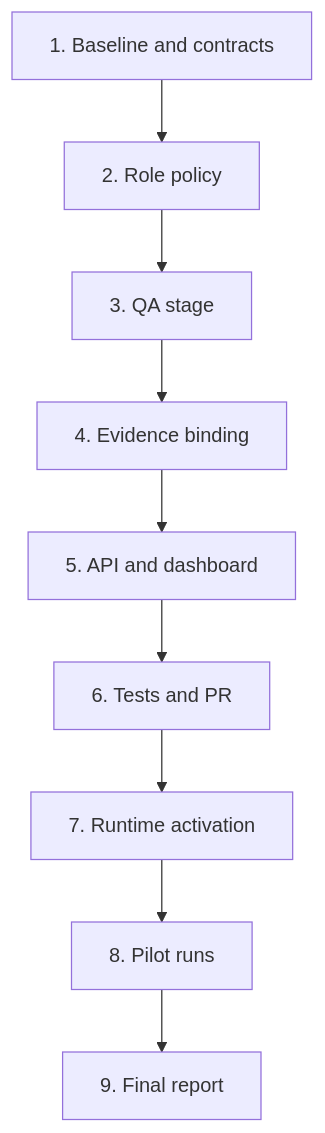
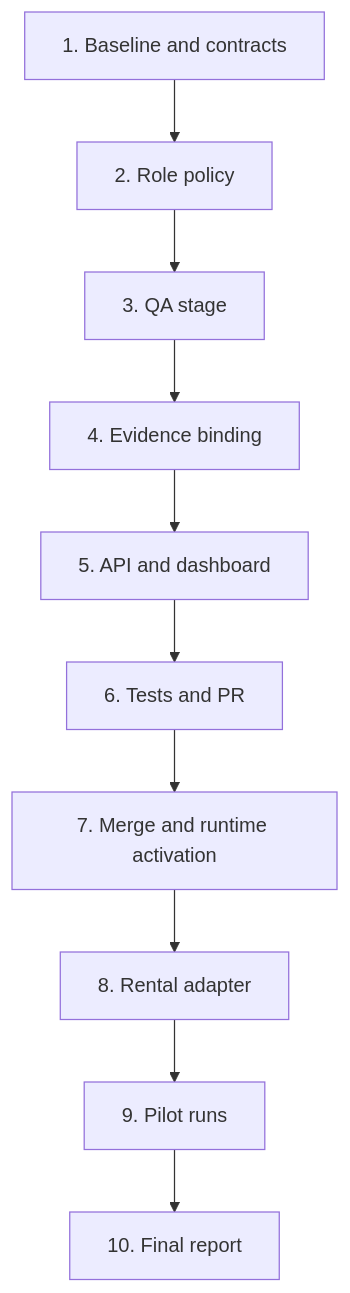
Before and after one commit to nhatnguyenquang1838-coder/gwc: the diagram in docs/plan/distributed-multi-agent-sdlc/pilot-v1/ds-mcp/tasks.md, drawn with Mermaid. The commit also changed other lines of this file, not shown here.

Commit message:
docs(plan): refresh DS MCP pilot execution status

````diff
--- a/docs/plan/distributed-multi-agent-sdlc/pilot-v1/ds-mcp/tasks.md
+++ b/docs/plan/distributed-multi-agent-sdlc/pilot-v1/ds-mcp/tasks.md
@@ -11,11 +27,12 @@
 ```mermaid
 graph TD
   T1[1. Baseline and contracts] --> T2[2. Role policy]
   T2 --> T3[3. QA stage]
   T3 --> T4[4. Evidence binding]
   T4 --> T5[5. API and dashboard]
   T5 --> T6[6. Tests and PR]
-  T6 --> T7[7. Runtime activation]
-  T7 --> T8[8. Pilot runs]
-  T8 --> T9[9. Final report]
+  T6 --> T7[7. Merge and runtime activation]
+  T7 --> T8[8. Rental adapter]
+  T8 --> T9[9. Pilot runs]
+  T9 --> T10[10. Final report]
 ```
````
